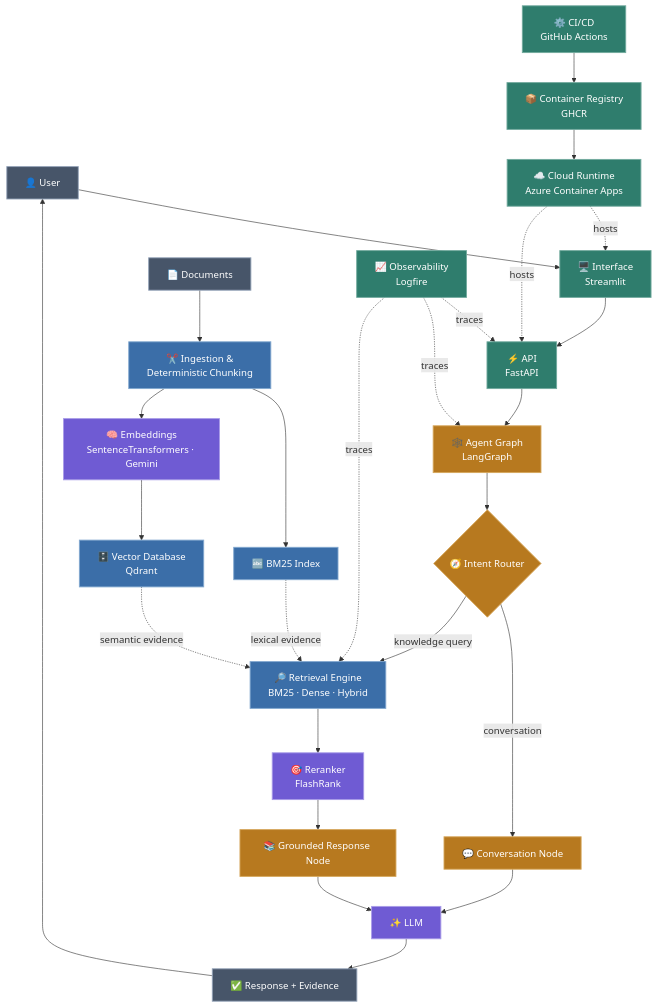
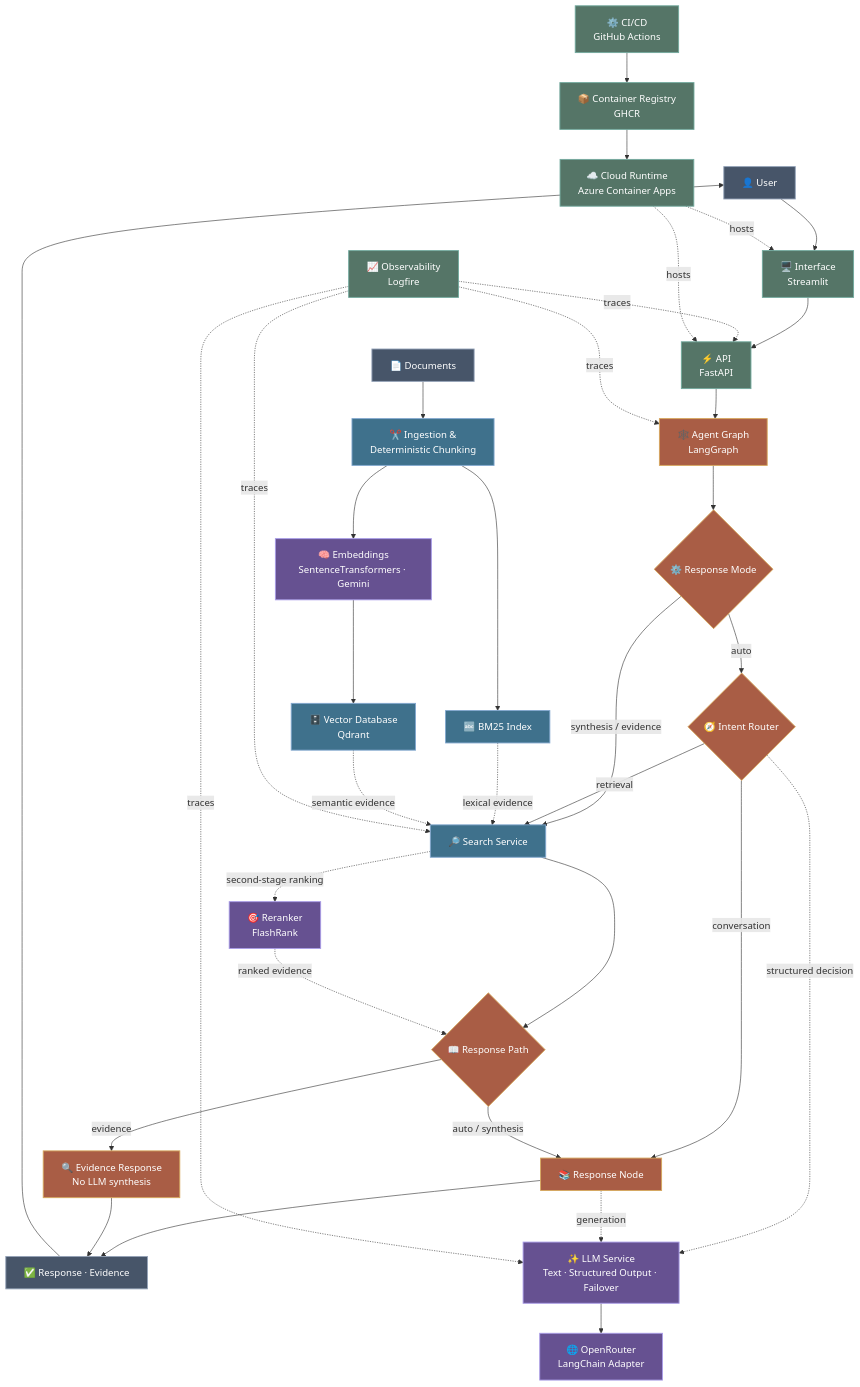
The diagram in README.md (bksampadi/SignalRank-RAG), drawn with Mermaid before and after one commit. The commit also changed other lines of this file, not shown here.

Commit message:
docs: update architecture for LLM service layer

````diff
--- a/README.md
+++ b/README.md
@@ -83,28 +83,46 @@
 flowchart TB
 
     %% =========================
-    %% USER / SOFTWARE / AGENTS
+    %% USER / APPLICATION / AGENTS
     %% =========================
 
     USER["👤 User"]
     UI["🖥️ Interface<br/>Streamlit"]
     API["⚡ API<br/>FastAPI"]
     GRAPH["🕸️ Agent Graph<br/>LangGraph"]
-    ROUTER{"🧭 Intent Router"}
 
-    USER --> UI --> API --> GRAPH --> ROUTER
+    USER --> UI --> API --> GRAPH
 
-    ROUTER -->|conversation| CONV["💬 Conversation Node"]
-    CONV --> LLM["✨ LLM"]
+    MODE{"⚙️ Response Mode"}
 
-    ROUTER -->|knowledge query| RET["🔎 Retrieval Engine<br/>BM25 · Dense · Hybrid"]
+    GRAPH --> MODE
 
-    RET --> RR["🎯 Reranker<br/>FlashRank"]
-    RR --> RESP["📚 Grounded Response Node"]
-    RESP --> LLM
+    MODE -->|auto| ROUTER{"🧭 Intent Router"}
+    MODE -->|synthesis / evidence| RET["🔎 Search Service"]
 
-    LLM --> RESULT["✅ Response + Evidence"]
+    ROUTER -->|conversation| RESP["📚 Response Node"]
+    ROUTER -->|retrieval| RET
+
+    RET --> DECIDE{"📖 Response Path"}
+
+    DECIDE -->|evidence| EVID["🔍 Evidence Response<br/>No LLM synthesis"]
+    DECIDE -->|auto / synthesis| RESP
+
+    RESP --> RESULT["✅ Response · Evidence"]
+    EVID --> RESULT
     RESULT --> USER
+
+
+    %% =========================
+    %% LLM PLANE
+    %% =========================
+
+    LLMS["✨ LLM Service<br/>Text · Structured Output · Failover"]
+    OR["🌐 OpenRouter<br/>LangChain Adapter"]
+
+    ROUTER -. structured decision .-> LLMS
+    RESP -. generation .-> LLMS
+    LLMS --> OR
 
 
     %% =========================
@@ -124,15 +142,21 @@
     BM -. lexical evidence .-> RET
     QD -. semantic evidence .-> RET
 
+    RR["🎯 Reranker<br/>FlashRank"]
+    RET -. second-stage ranking .-> RR
+    RR -. ranked evidence .-> DECIDE
+
 
     %% =========================
     %% PLATFORM SUPPORT
     %% =========================
 
     OBS["📈 Observability<br/>Logfire"]
+
     OBS -. traces .-> API
     OBS -. traces .-> GRAPH
     OBS -. traces .-> RET
+    OBS -. traces .-> LLMS
 
     CI["⚙️ CI/CD<br/>GitHub Actions"]
     REG["📦 Container Registry<br/>GHCR"]
@@ -147,15 +171,15 @@
     %% COLORS
     %% =========================
 
-    class EMB,RR,LLM ai
+    class EMB,RR,LLMS,OR ai
     class ING,BM,QD,RET rag
-    class GRAPH,ROUTER,CONV,RESP agentic
+    class GRAPH,MODE,ROUTER,RESP,DECIDE,EVID agentic
     class UI,API,OBS,CI,REG,AZ platform
     class DOCS,USER,RESULT neutral
 
-    classDef ai fill:#6F5BD3,stroke:#A99CE8,stroke-width:1.5px,color:#ffffff
-    classDef rag fill:#3B6EA8,stroke:#82A8CF,stroke-width:1.5px,color:#ffffff
-    classDef agentic fill:#B7791F,stroke:#D6A75C,stroke-width:1.5px,color:#ffffff
-    classDef platform fill:#2F7D6D,stroke:#72AA9E,stroke-width:1.5px,color:#ffffff
+    classDef ai fill:#665191,stroke:#A99CE8,stroke-width:1.5px,color:#ffffff
+    classDef rag fill:#3F718C,stroke:#82A8CF,stroke-width:1.5px,color:#ffffff
+    classDef agentic fill:#A95D45,stroke:#D6A75C,stroke-width:1.5px,color:#ffffff
+    classDef platform fill:#557567,stroke:#72AA9E,stroke-width:1.5px,color:#ffffff
     classDef neutral fill:#475569,stroke:#94A3B8,stroke-width:1.5px,color:#ffffff
 ```
````
